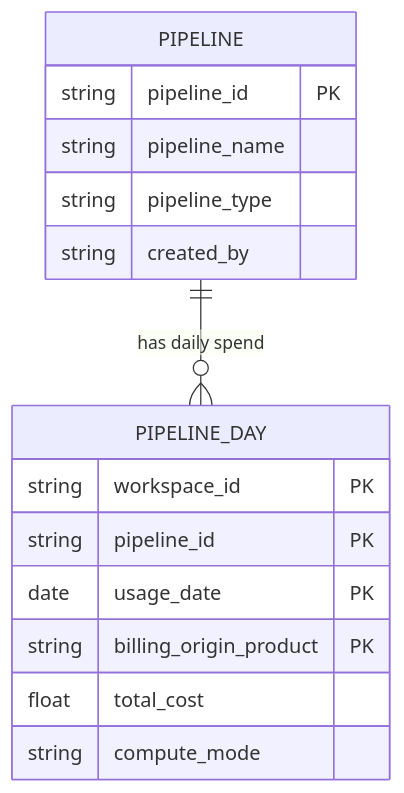
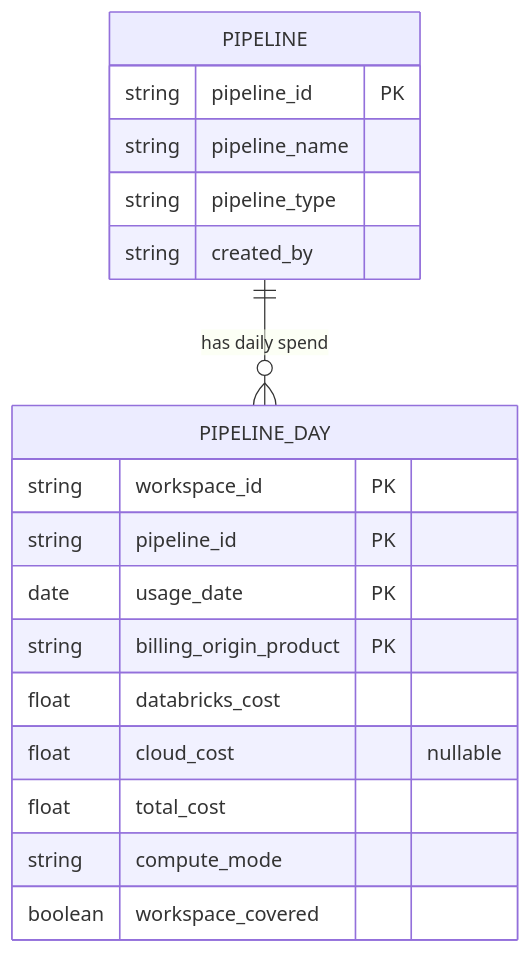
One commit to AdityaMandiwal/DBSPEND360 changed the fifth of 6 diagrams in docs/data_model.md. Above: the diagram before and after it, drawn with Mermaid. The commit also changed other lines of this file and 103 other files, not shown here.

````diff
--- a/docs/data_model.md
+++ b/docs/data_model.md
@@ -166,18 +175,21 @@
 ```mermaid
 erDiagram
     PIPELINE ||--o{ PIPELINE_DAY : "has daily spend"
     PIPELINE_DAY {
         string workspace_id PK
         string pipeline_id PK
         date usage_date PK
         string billing_origin_product PK
+        float databricks_cost
+        float cloud_cost "nullable"
         float total_cost
         string compute_mode
+        boolean workspace_covered
     }
     PIPELINE {
         string pipeline_id PK
         string pipeline_name
         string pipeline_type
         string created_by
     }
 ```
````
